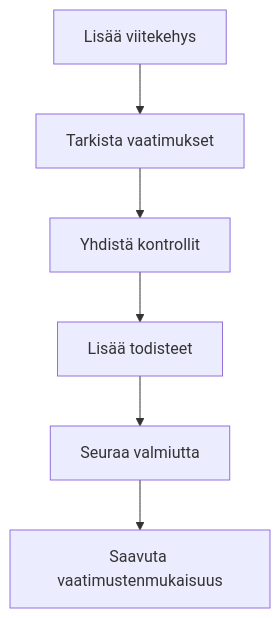
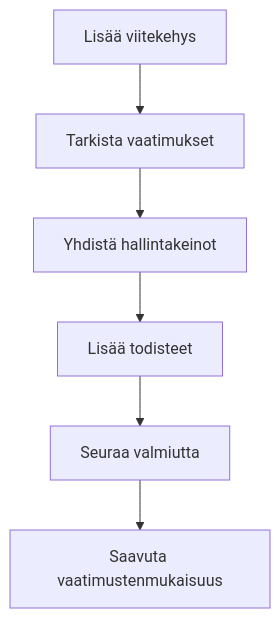
The diagram in i18n/fi/docusaurus-plugin-content-docs/current/getting-started/quick-start.md (tekve/gover-docs), drawn with Mermaid before and after one commit. The commit also changed other lines of this file and 38 other files, not shown here.

Commit message:
Rename Kontrollit to Hallintakeinot in Finnish

````diff
--- a/i18n/fi/docusaurus-plugin-content-docs/current/getting-started/quick-start.md
+++ b/i18n/fi/docusaurus-plugin-content-docs/current/getting-started/quick-start.md
@@ -52,8 +52,8 @@
 ```mermaid
 flowchart TD
     A[Lisää viitekehys] --> B[Tarkista vaatimukset]
-    B --> C[Yhdistä kontrollit]
+    B --> C[Yhdistä hallintakeinot]
     C --> D[Lisää todisteet]
     D --> E[Seuraa valmiutta]
     E --> F[Saavuta vaatimustenmukaisuus]
 ```
````
